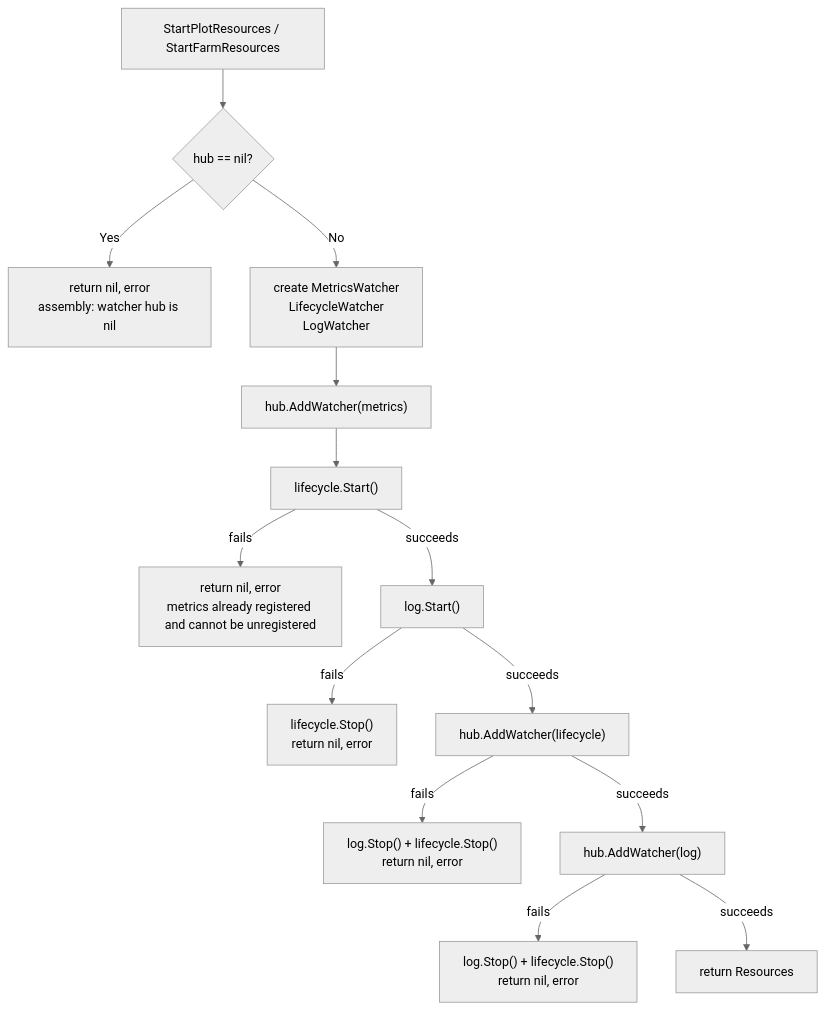
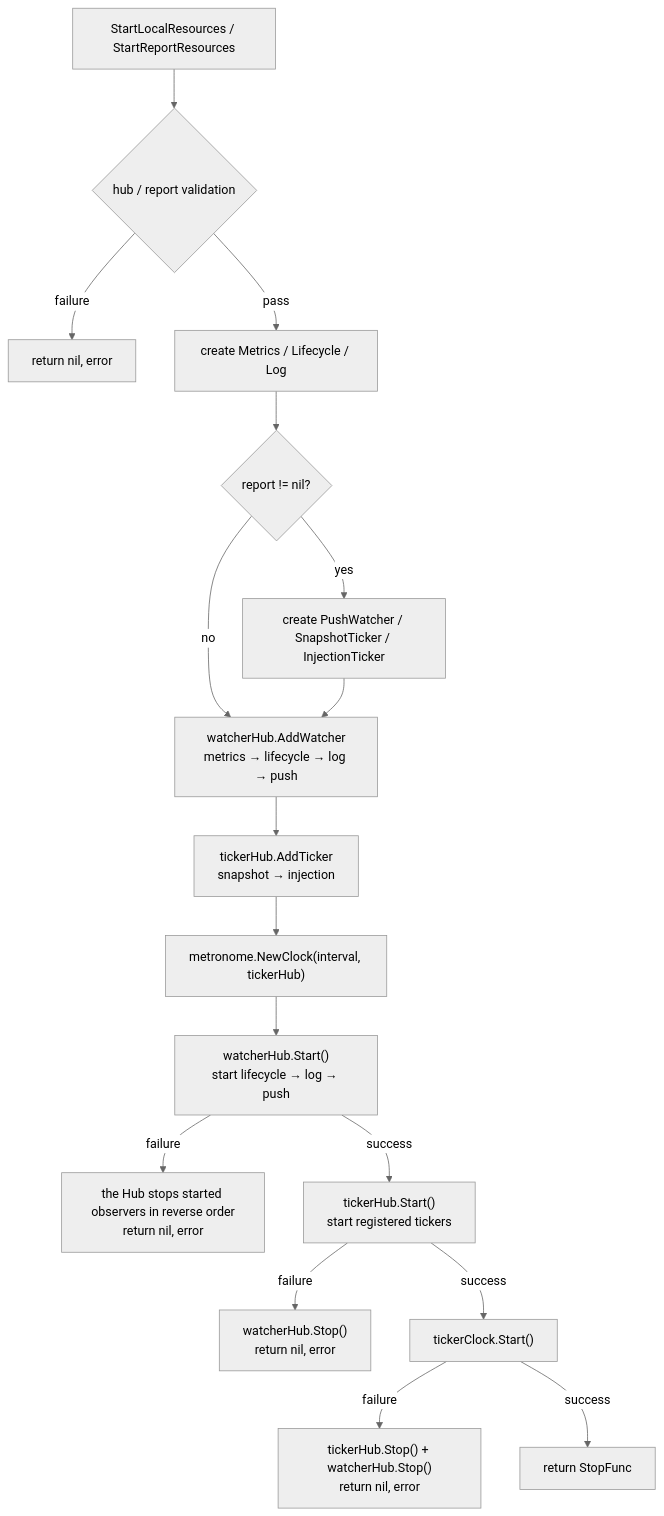
One commit to Mr-xiaotian/CelestialGrow changed the first of 2 diagrams in docs/en/pkg/assembly/assembly.md. Above: the diagram before and after it, drawn with Mermaid (neutral theme). The commit also changed other lines of this file and 99 other files, not shown here.

````diff
--- a/docs/en/pkg/assembly/assembly.md
+++ b/docs/en/pkg/assembly/assembly.md
@@ -106,16 +164,19 @@
 ```mermaid
 flowchart TD
-    A[StartPlotResources / StartFarmResources] --> B{hub == nil?}
-    B -- Yes --> E1["return nil, error<br/>assembly: watcher hub is nil"]
-    B -- No --> C["create MetricsWatcher<br/>LifecycleWatcher<br/>LogWatcher"]
-    C --> D1["hub.AddWatcher(metrics)"]
-    D1 --> D2["lifecycle.Start()"]
-    D2 -- fails --> E2["return nil, error<br/>metrics already registered and cannot be unregistered"]
-    D2 -- succeeds --> D3["log.Start()"]
-    D3 -- fails --> R1["lifecycle.Stop()<br/>return nil, error"]
-    D3 -- succeeds --> D4["hub.AddWatcher(lifecycle)"]
-    D4 -- fails --> R2["log.Stop() + lifecycle.Stop()<br/>return nil, error"]
-    D4 -- succeeds --> D5["hub.AddWatcher(log)"]
-    D5 -- fails --> R3["log.Stop() + lifecycle.Stop()<br/>return nil, error"]
-    D5 -- succeeds --> OK["return Resources"]
+    A[StartLocalResources / StartReportResources] --> B{hub / report validation}
+    B -- failure --> E1["return nil, error"]
+    B -- pass --> C["create Metrics / Lifecycle / Log"]
+    C --> C2{report != nil?}
+    C2 -- yes --> C3["create PushWatcher / SnapshotTicker / InjectionTicker"]
+    C2 -- no --> D
+    C3 --> D["watcherHub.AddWatcher<br/>metrics → lifecycle → log → push"]
+    D --> D2["tickerHub.AddTicker<br/>snapshot → injection"]
+    D2 --> D3["metronome.NewClock(interval, tickerHub)"]
+    D3 --> D4["watcherHub.Start()<br/>start lifecycle → log → push"]
+    D4 -- failure --> R1["the Hub stops started observers in reverse order<br/>return nil, error"]
+    D4 -- success --> D5["tickerHub.Start()<br/>start registered tickers"]
+    D5 -- failure --> R2["watcherHub.Stop()<br/>return nil, error"]
+    D5 -- success --> D6["tickerClock.Start()"]
+    D6 -- failure --> R3["tickerHub.Stop() + watcherHub.Stop()<br/>return nil, error"]
+    D6 -- success --> OK["return StopFunc"]
 ```
````
